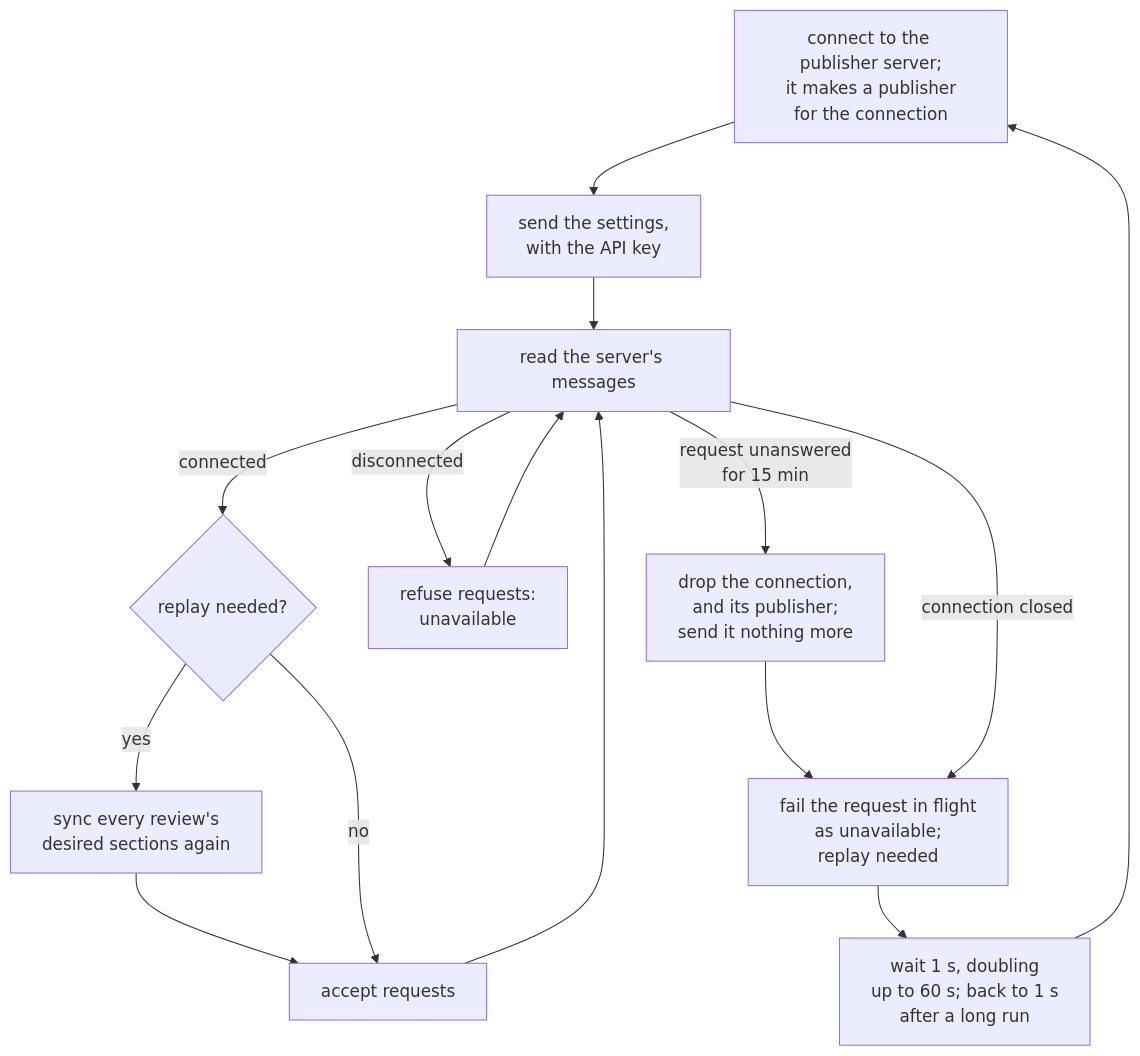
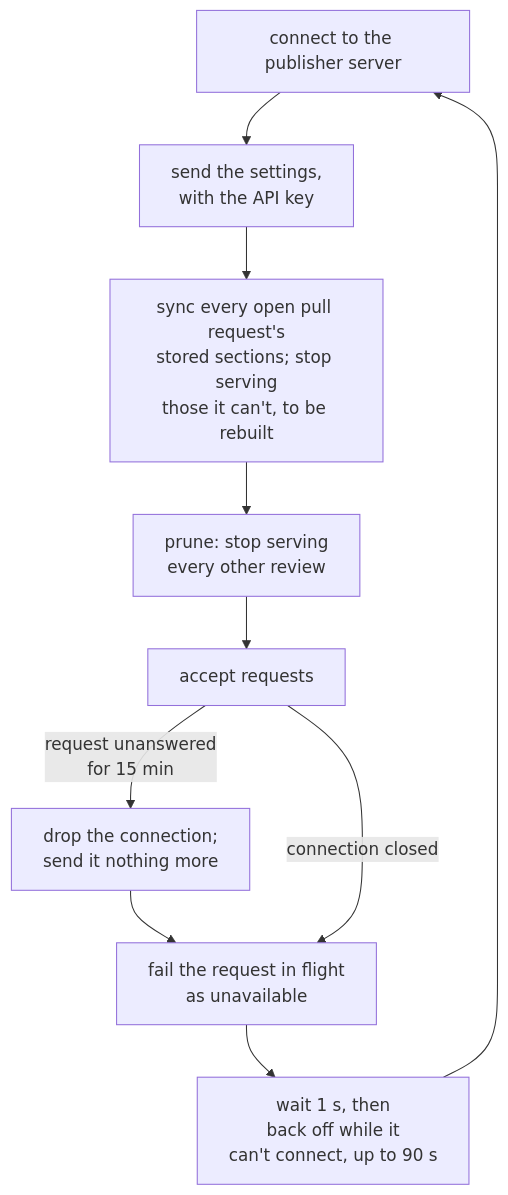
Before and after one commit to edgcpp/compiler: the sixth of 7 diagrams in dev_tools/services/acknowledg-forge/SANDBOXING.md, drawn with Mermaid. The commit also changed other lines of this file and 52 other files, not shown here.

````diff
--- a/dev_tools/services/acknowledg-forge/SANDBOXING.md
+++ b/dev_tools/services/acknowledg-forge/SANDBOXING.md
@@ -381,18 +404,13 @@
 ```mermaid
 flowchart TB
-  spawn[connect to the publisher server;<br/>it makes a publisher<br/>for the connection]
+  spawn[connect to the publisher server]
   spawn --> init[send the settings,<br/>with the API key]
-  init --> read[read the server's messages]
-  read -->|connected| replay{replay needed?}
-  replay -->|yes| resync[sync every review's<br/>desired sections again]
-  resync --> ready
-  replay -->|no| ready[accept requests]
-  ready --> read
-  read -->|disconnected| notready[refuse requests:<br/>unavailable]
-  notready --> read
-  read -->|request unanswered<br/>for 15 min| kill[drop the connection,<br/>and its publisher;<br/>send it nothing more]
+  init --> serve[sync every open pull request's<br/>stored sections; stop serving<br/>those it can't, to be rebuilt]
+  serve --> prune[prune: stop serving<br/>every other review]
+  prune --> ready[accept requests]
+  ready -->|request unanswered<br/>for 15 min| kill[drop the connection;<br/>send it nothing more]
   kill --> exited
-  read -->|connection closed| exited[fail the request in flight<br/>as unavailable;<br/>replay needed]
-  exited --> backoff[wait 1 s, doubling<br/>up to 60 s; back to 1 s<br/>after a long run]
+  ready -->|connection closed| exited[fail the request in flight<br/>as unavailable]
+  exited --> backoff[wait 1 s, then<br/>back off while it<br/>can't connect, up to 90 s]
   backoff --> spawn
 ```
````
